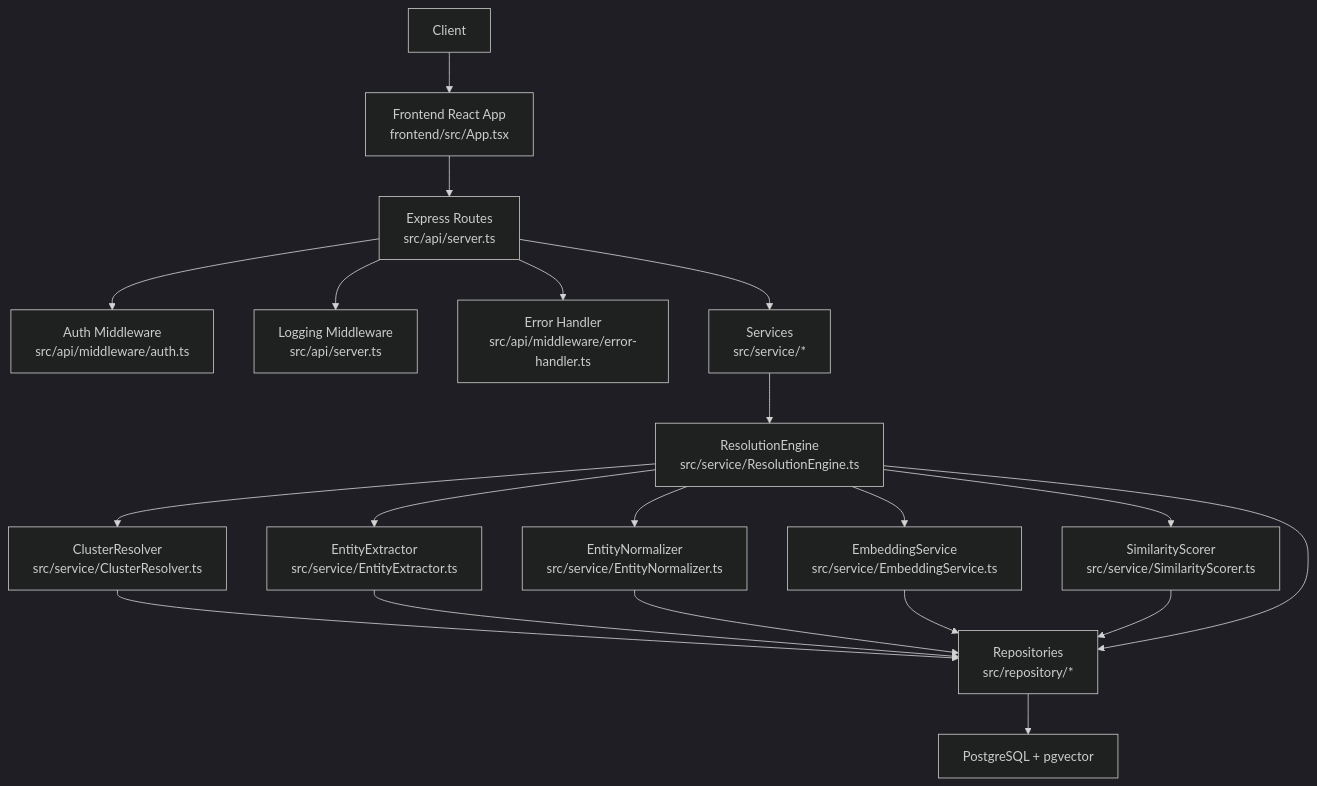
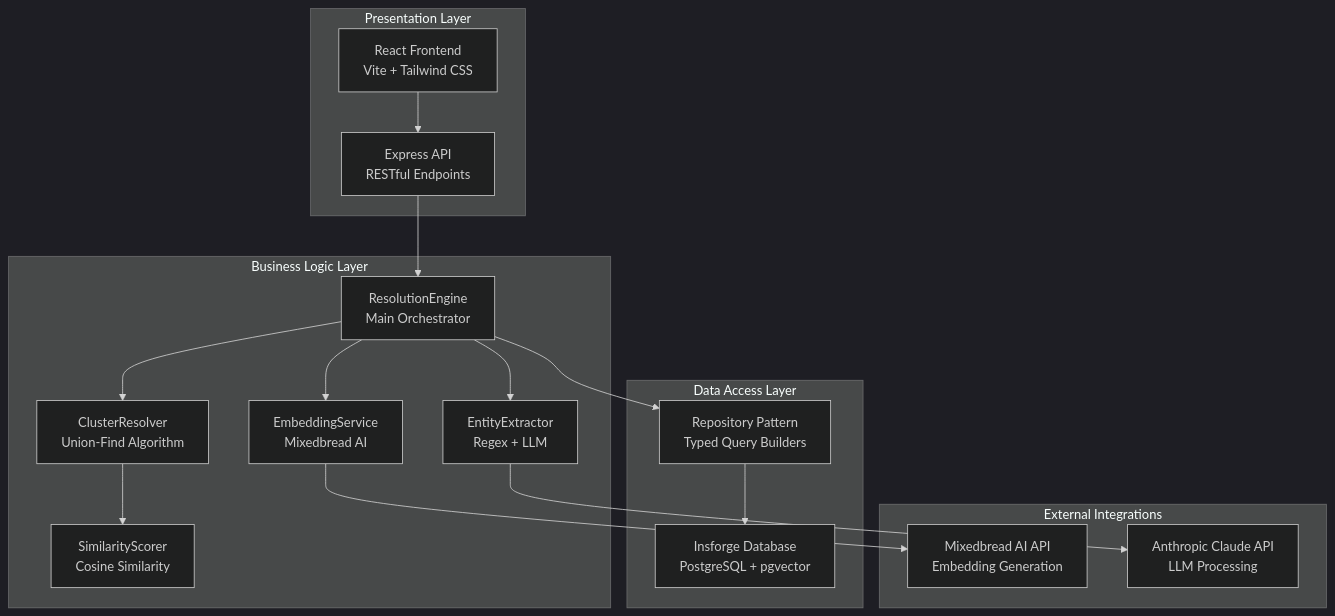
The first of 2 diagrams in .qoder/repowiki/en/content/Architecture Overview.md (vishnusaibhosekar/ares), drawn with Mermaid (dark theme) before and after one commit. The commit also changed other lines of this file and 12 other files, not shown here.

````diff
--- a/.qoder/repowiki/en/content/Architecture Overview.md
+++ b/.qoder/repowiki/en/content/Architecture Overview.md
@@ -208,37 +58,32 @@
 ```mermaid
 graph TB
-CLIENT["Client"]
-FRONTEND["Frontend React App<br/>frontend/src/App.tsx"]
-API["Express Routes<br/>src/api/server.ts"]
-AUTHMW["Auth Middleware<br/>src/api/middleware/auth.ts"]
-LOGMW["Logging Middleware<br/>src/api/server.ts"]
-ERRMW["Error Handler<br/>src/api/middleware/error-handler.ts"]
-SVC["Services<br/>src/service/*"]
-ENGINE["ResolutionEngine<br/>src/service/ResolutionEngine.ts"]
-EXTRACT["EntityExtractor<br/>src/service/EntityExtractor.ts"]
-NORMALIZE["EntityNormalizer<br/>src/service/EntityNormalizer.ts"]
-EMBED["EmbeddingService<br/>src/service/EmbeddingService.ts"]
-SCORE["SimilarityScorer<br/>src/service/SimilarityScorer.ts"]
-CLUSTER["ClusterResolver<br/>src/service/ClusterResolver.ts"]
-REP["Repositories<br/>src/repository/*"]
-DB["PostgreSQL + pgvector"]
-CLIENT --> FRONTEND
-FRONTEND --> API
-API --> LOGMW
-API --> AUTHMW
-API --> SVC
-API --> ERRMW
-SVC --> ENGINE
-ENGINE --> EXTRACT
-ENGINE --> NORMALIZE
-ENGINE --> EMBED
-ENGINE --> SCORE
-ENGINE --> CLUSTER
-CLUSTER --> REP
-EXTRACT --> REP
-NORMALIZE --> REP
-EMBED --> REP
-SCORE --> REP
-ENGINE --> REP
-REP --> DB
+subgraph "Presentation Layer"
+FE["React Frontend<br/>Vite + Tailwind CSS"]
+API["Express API<br/>RESTful Endpoints"]
+end
+subgraph "Business Logic Layer"
+RES["ResolutionEngine<br/>Main Orchestrator"]
+EXTR["EntityExtractor<br/>Regex + LLM"]
+EMB["EmbeddingService<br/>Mixedbread AI"]
+CLUS["ClusterResolver<br/>Union-Find Algorithm"]
+SIM["SimilarityScorer<br/>Cosine Similarity"]
+end
+subgraph "Data Access Layer"
+DB["Insforge Database<br/>PostgreSQL + pgvector"]
+REPO["Repository Pattern<br/>Typed Query Builders"]
+end
+subgraph "External Integrations"
+MIX["Mixedbread AI API<br/>Embedding Generation"]
+ANTH["Anthropic Claude API<br/>LLM Processing"]
+end
+FE --> API
+API --> RES
+RES --> EXTR
+RES --> EMB
+RES --> CLUS
+CLUS --> SIM
+RES --> REPO
+REPO --> DB
+EMB --> MIX
+EXTR --> ANTH
 ```
````
